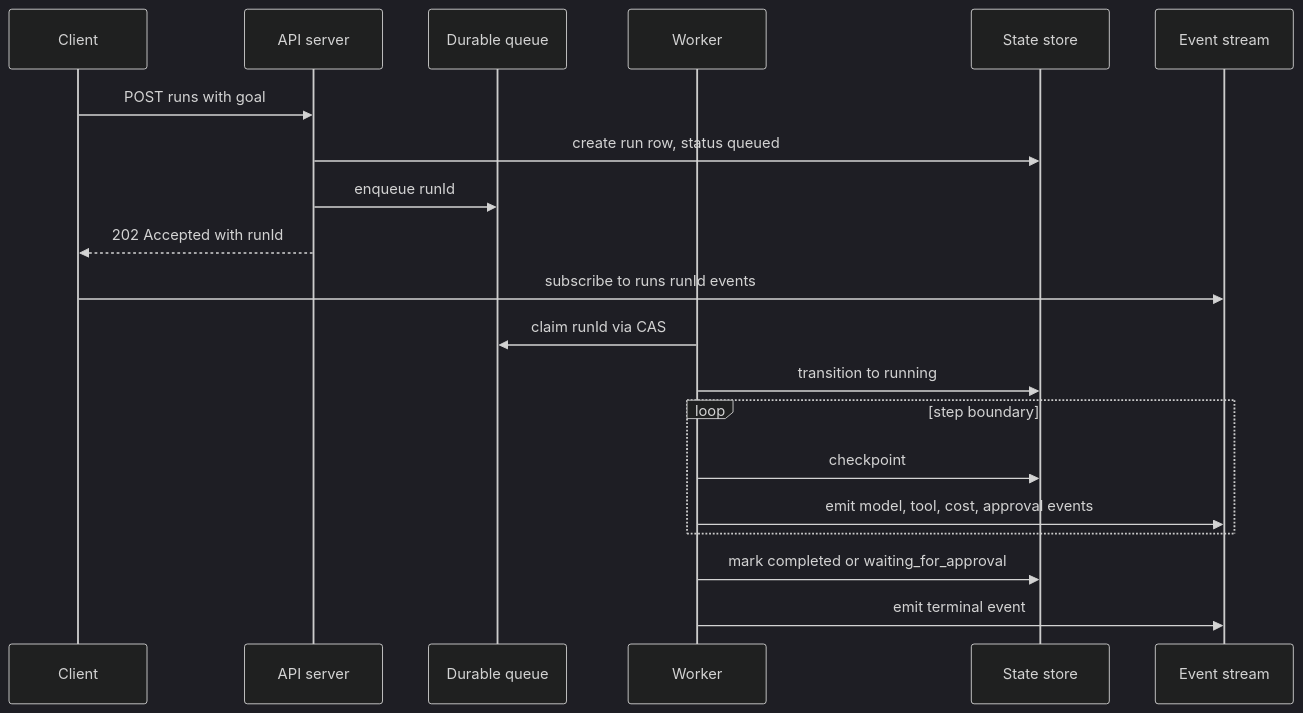
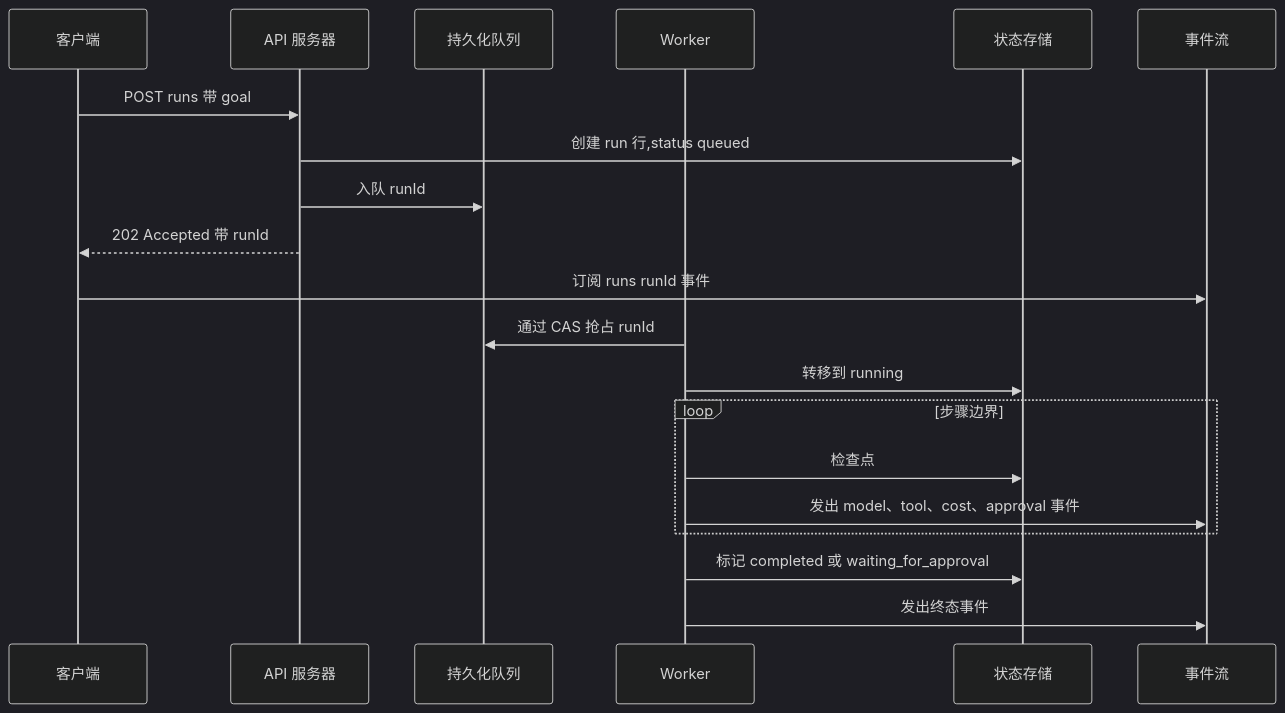
Before and after one commit to ocxers/agentic-ai-system-course-zh: the second of 3 diagrams in course-zh/15-backend-infrastructure.md, drawn with Mermaid (dark theme). The commit also changed 14 other files, not shown here.

````diff
--- a/course-zh/15-backend-infrastructure.md
+++ b/course-zh/15-backend-infrastructure.md
@@ -56,23 +56,23 @@
 ```mermaid
 sequenceDiagram
-    participant C as Client
-    participant API as API server
-    participant Q as Durable queue
+    participant C as 客户端
+    participant API as API 服务器
+    participant Q as 持久化队列
     participant W as Worker
-    participant DB as State store
-    participant S as Event stream
+    participant DB as 状态存储
+    participant S as 事件流
 
-    C->>API: POST runs with goal
-    API->>DB: create run row, status queued
-    API->>Q: enqueue runId
-    API-->>C: 202 Accepted with runId
-    C->>S: subscribe to runs runId events
-    W->>Q: claim runId via CAS
-    W->>DB: transition to running
-    loop step boundary
-        W->>DB: checkpoint
-        W->>S: emit model, tool, cost, approval events
+    C->>API: POST runs 带 goal
+    API->>DB: 创建 run 行,status queued
+    API->>Q: 入队 runId
+    API-->>C: 202 Accepted 带 runId
+    C->>S: 订阅 runs runId 事件
+    W->>Q: 通过 CAS 抢占 runId
+    W->>DB: 转移到 running
+    loop 步骤边界
+        W->>DB: 检查点
+        W->>S: 发出 model、tool、cost、approval 事件
     end
-    W->>DB: mark completed or waiting_for_approval
-    W->>S: emit terminal event
+    W->>DB: 标记 completed 或 waiting_for_approval
+    W->>S: 发出终态事件
 ```
````
